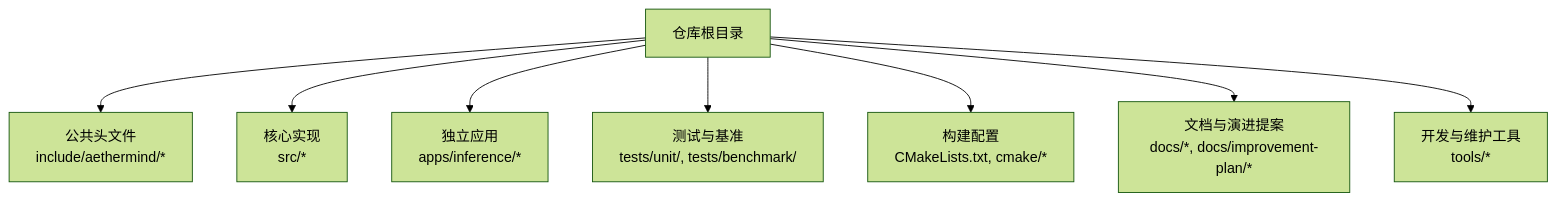
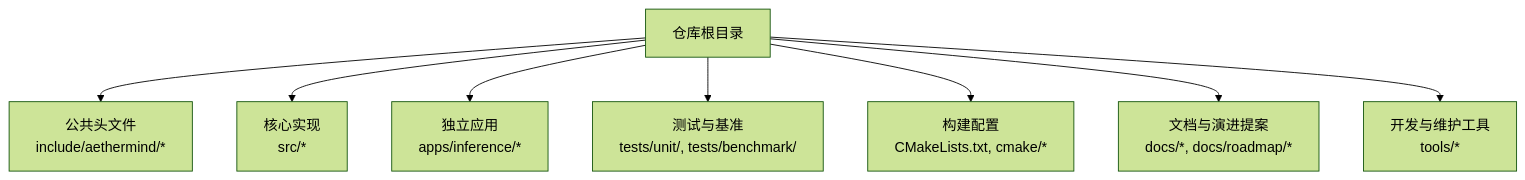
One commit to fengjiran/AetherMind changed the first of 8 diagrams in docs/handbook/开发指南/贡献指南.md. Above: the diagram before and after it, drawn with Mermaid (forest theme). The commit also changed other lines of this file and 56 other files, not shown here.

First line of the commit message:
docs: move improvement plans into the roadmap section

````diff
--- a/docs/handbook/开发指南/贡献指南.md
+++ b/docs/handbook/开发指南/贡献指南.md
@@ -41,10 +41,10 @@
 ```mermaid
 graph TB
     Root["仓库根目录"] --> Include["公共头文件<br/>include/aethermind/*"]
     Root --> Src["核心实现<br/>src/*"]
     Root --> Apps["独立应用<br/>apps/inference/*"]
     Root --> Tests["测试与基准<br/>tests/unit/, tests/benchmark/"]
     Root --> CMake["构建配置<br/>CMakeLists.txt, cmake/*"]
-    Root --> Docs["文档与演进提案<br/>docs/*, docs/improvement-plan/*"]
+    Root --> Docs["文档与演进提案<br/>docs/*, docs/roadmap/*"]
     Root --> Tools["开发与维护工具<br/>tools/*"]
 ```
````
